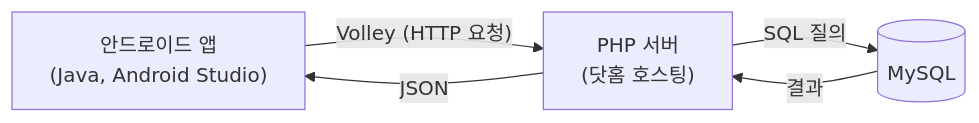
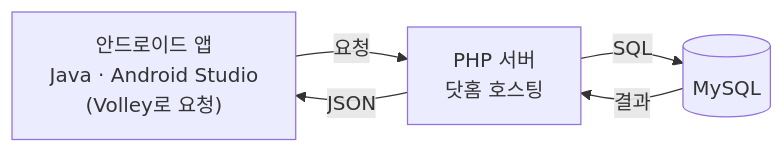
Before and after one commit to Gugaeun/WithPet: the diagram in README.md, drawn with Mermaid.

Commit message:
README: 구조도 라벨 길이를 줄여 잘림 해결

````diff
--- a/README.md
+++ b/README.md
@@ -31,7 +31,7 @@
 ```mermaid
 flowchart LR
-    A["안드로이드 앱<br/>(Java, Android Studio)"] -- "Volley (HTTP 요청)" --> B["PHP 서버<br/>(닷홈 호스팅)"]
-    B -- "SQL 질의" --> C[("MySQL")]
-    C -- "결과" --> B
-    B -- "JSON" --> A
+    A["안드로이드 앱<br/>Java · Android Studio<br/>(Volley로 요청)"] -->|"요청"| B["PHP 서버<br/>닷홈 호스팅"]
+    B -->|"SQL"| C[("MySQL")]
+    C -->|"결과"| B
+    B -->|"JSON"| A
 ```
````
